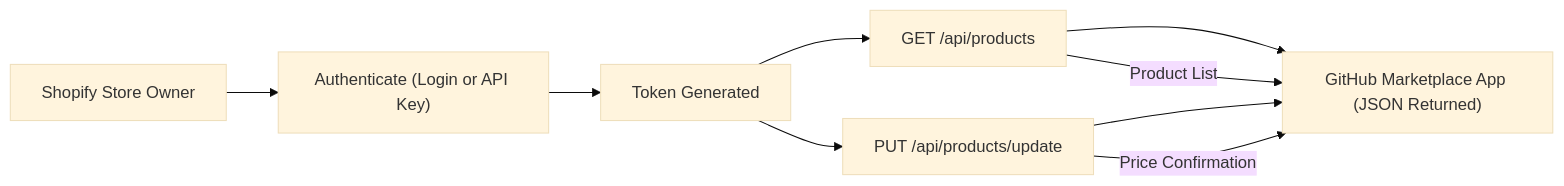
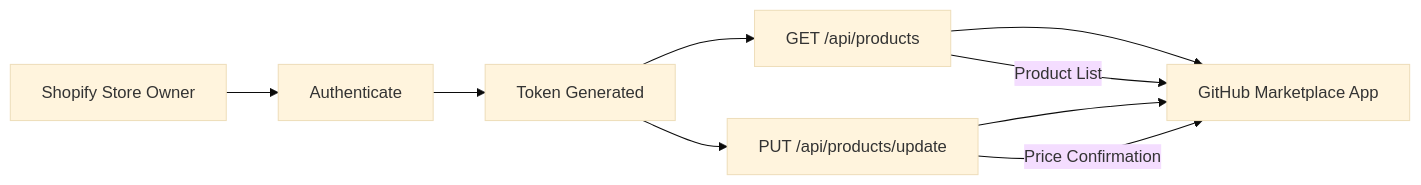
The diagram in README.md (emcdo411/shopify-api-test-plan), drawn with Mermaid (base theme) before and after one commit. The commit also changed other lines of this file, not shown here.

````diff
--- a/README.md
+++ b/README.md
@@ -23,11 +23,11 @@
 ```mermaid
 graph LR
-    A["Shopify Store Owner"] --> B["Authenticate (Login or API Key)"]
+    A["Shopify Store Owner"] --> B["Authenticate"]
     B --> C["Token Generated"]
     C --> D["GET /api/products"]
     C --> E["PUT /api/products/update"]
-    D --> F["GitHub Marketplace App (JSON Returned)"]
+    D --> F["GitHub Marketplace App"]
     E --> F
     D -->|"Product List"| F
     E -->|"Price Confirmation"| F
 ```
````
